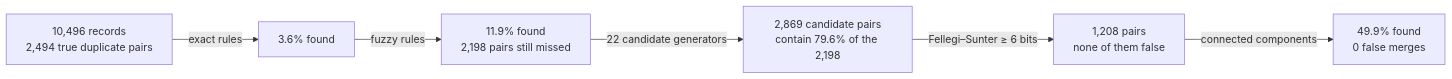
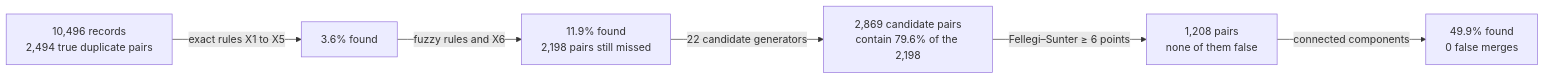
Before and after one commit to mvsbm/entity_matching: the diagram in docs/guide/01-entity-resolution-and-our-task.md, drawn with Mermaid. The commit also changed other lines of this file and 31 other files, not shown here.

````diff
--- a/docs/guide/01-entity-resolution-and-our-task.md
+++ b/docs/guide/01-entity-resolution-and-our-task.md
@@ -111,8 +111,8 @@
 ```mermaid
 flowchart LR
-  A["10,496 records<br/>2,494 true duplicate pairs"] -->|"exact rules"| B["3.6% found"]
-  B -->|"fuzzy rules"| C["11.9% found<br/>2,198 pairs still missed"]
+  A["10,496 records<br/>2,494 true duplicate pairs"] -->|"exact rules X1 to X5"| B["3.6% found"]
+  B -->|"fuzzy rules and X6"| C["11.9% found<br/>2,198 pairs still missed"]
   C -->|"22 candidate generators"| D["2,869 candidate pairs<br/>contain 79.6% of the 2,198"]
-  D -->|"Fellegi–Sunter ≥ 6 bits"| E["1,208 pairs<br/>none of them false"]
+  D -->|"Fellegi–Sunter ≥ 6 points"| E["1,208 pairs<br/>none of them false"]
   E -->|"connected components"| F["49.9% found<br/>0 false merges"]
 ```
````
